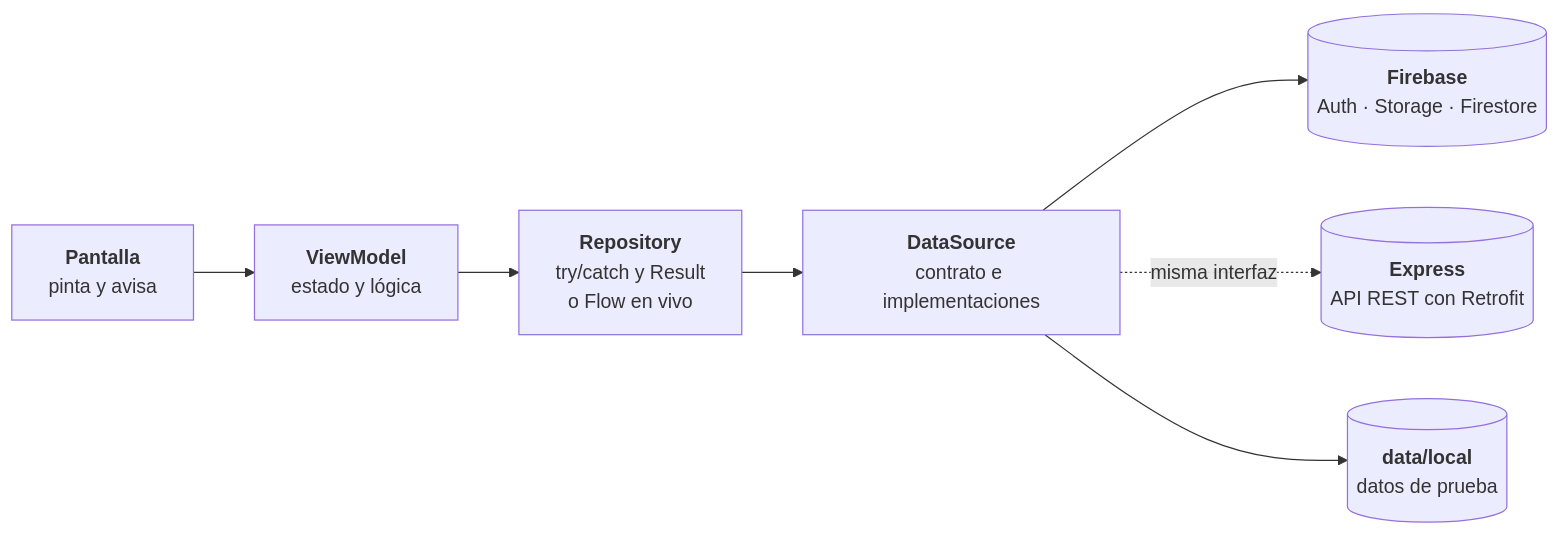
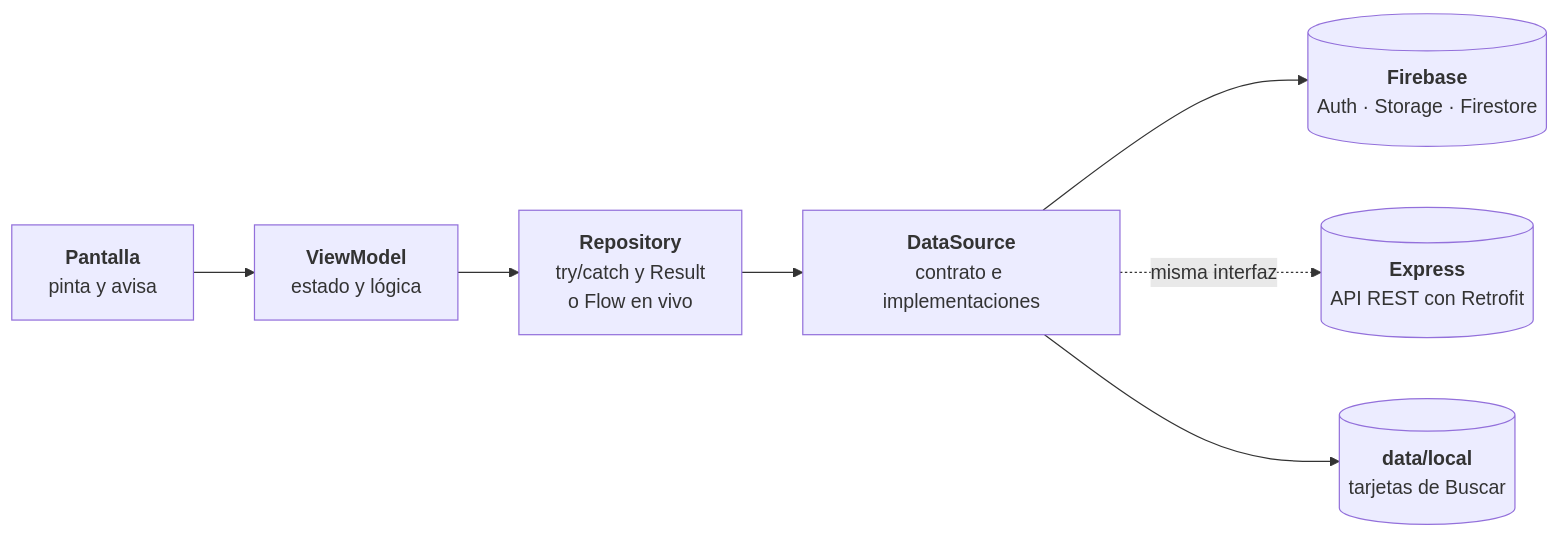
The diagram in README.md (AndresContreras1/Mixtapp), drawn with Mermaid before and after one commit. The commit also changed other lines of this file, not shown here.

````diff
--- a/README.md
+++ b/README.md
@@ -68,15 +76,15 @@
 ```mermaid
 flowchart LR
     S["<b>Pantalla</b><br/>pinta y avisa"]
     V["<b>ViewModel</b><br/>estado y lógica"]
     R["<b>Repository</b><br/>try/catch y Result<br/>o Flow en vivo"]
     D["<b>DataSource</b><br/>contrato e implementaciones"]
     F[("<b>Firebase</b><br/>Auth · Storage · Firestore")]
     E[("<b>Express</b><br/>API REST con Retrofit")]
-    L[("<b>data/local</b><br/>datos de prueba")]
+    L[("<b>data/local</b><br/>tarjetas de Buscar")]
 
     S --> V --> R --> D
     D --> F
     D -. "misma interfaz" .-> E
     D --> L
 ```
````
